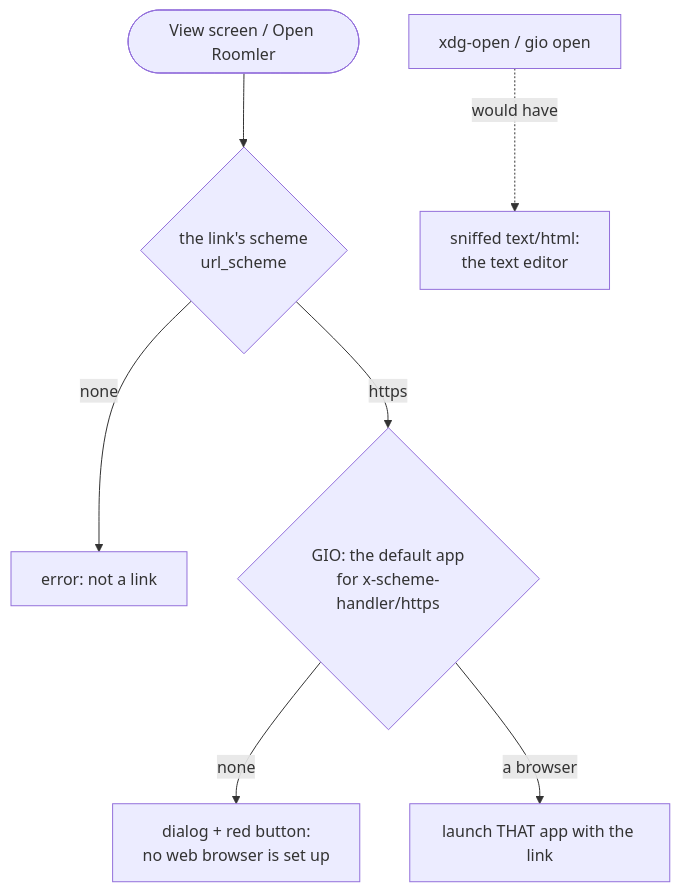
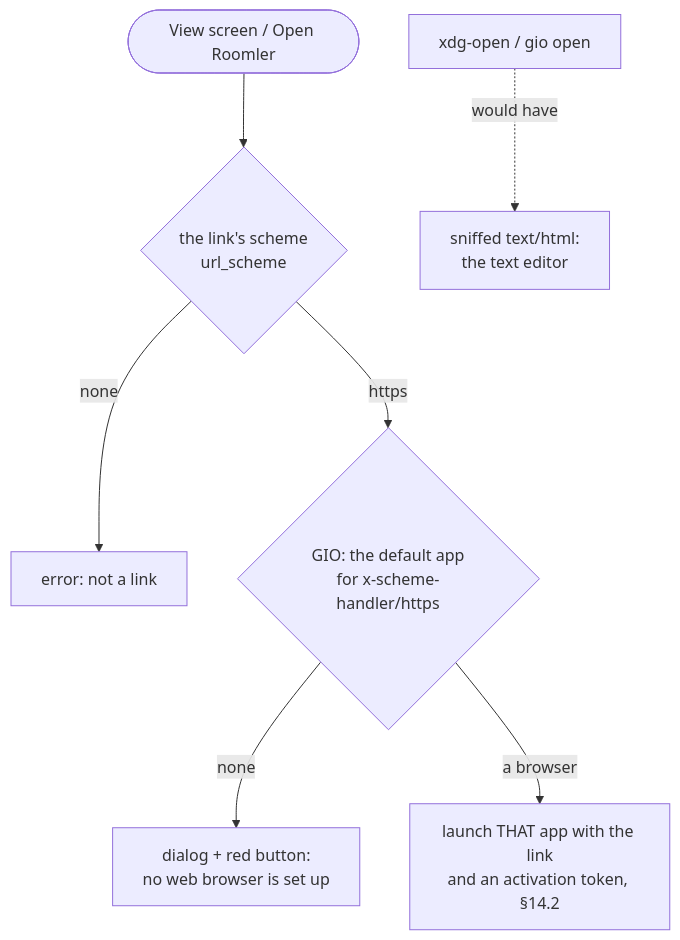
Before and after one commit to gjovanov/roomler-ai: diagram 13 of 14 in docs/desktop-companion.md, drawn with Mermaid. The commit also changed other lines of this file and 14 other files, not shown here.

````diff
--- a/docs/desktop-companion.md
+++ b/docs/desktop-companion.md
@@ -834,9 +834,9 @@
 ```mermaid
 flowchart TD
     C([View screen / Open Roomler]) --> S{the link's scheme<br/>url_scheme}
     S -->|none| E1[error: not a link]
     S -->|https| D{GIO: the default app<br/>for x-scheme-handler/https}
     D -->|none| E2[dialog + red button:<br/>no web browser is set up]
-    D -->|a browser| L[launch THAT app with the link]
+    D -->|a browser| L[launch THAT app with the link<br/>and an activation token, §14.2]
     X[xdg-open / gio open] -. would have .-> T[sniffed text/html:<br/>the text editor]
 ```
````
